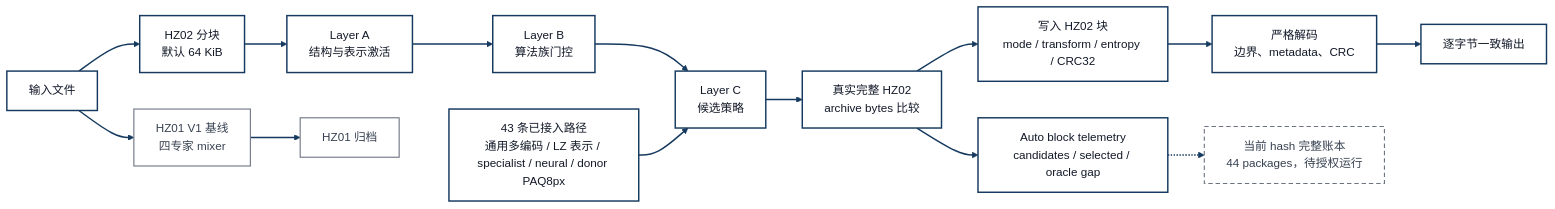
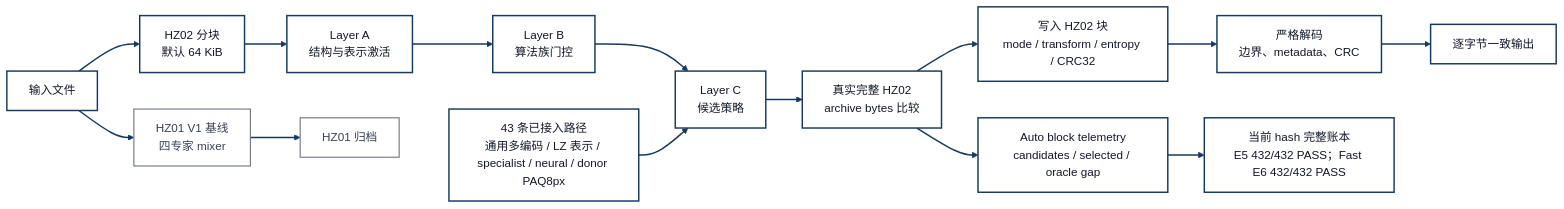
Before and after one commit to KennethParkerWang/HybridZip: the diagram in figures/hybridzip-current-architecture.md, drawn with Mermaid. The commit also changed other lines of this file and 34 other files, not shown here.

````diff
--- a/figures/hybridzip-current-architecture.md
+++ b/figures/hybridzip-current-architecture.md
@@ -7,24 +7,24 @@
 ```mermaid
-%% Solid = source-integrated HZ02 capability. Dashed = runtime evidence still pending.
+%% Solid = source-integrated or current measured capability. Dashed = held-out or future work.
 flowchart LR
     input[输入文件] --> blocks[HZ02 分块<br/>默认 64 KiB]
     blocks --> layerA[Layer A<br/>结构与表示激活]
     layerA --> layerB[Layer B<br/>算法族门控]
     layerB --> layerC[Layer C<br/>候选策略]
     families[43 条已接入路径<br/>通用多编码 / LZ 表示 / specialist / neural / donor PAQ8px] --> layerC
     layerC --> compare[真实完整 HZ02<br/>archive bytes 比较]
     compare --> archive[写入 HZ02 块<br/>mode / transform / entropy / CRC32]
     archive --> decoder[严格解码<br/>边界、metadata、CRC]
     decoder --> output[逐字节一致输出]
     input --> hz01[HZ01 V1 基线<br/>四专家 mixer] --> hz01archive[HZ01 归档]
     compare --> telemetry[Auto block telemetry<br/>candidates / selected / oracle gap]
-    telemetry -.-> ledger[当前 hash 完整账本<br/>44 packages，待授权运行]
+    telemetry --> ledger[当前 hash 完整账本<br/>E5 432/432 PASS；Fast E6 432/432 PASS]
 
     classDef current fill:#FFFFFF,stroke:#163A5F,stroke-width:2px,color:#111827;
     classDef baseline fill:#FFFFFF,stroke:#6B7280,stroke-width:1.5px,color:#374151;
     classDef pending fill:#FFFFFF,stroke:#6B7280,stroke-width:1.5px,stroke-dasharray:6 4,color:#374151;
     class input,blocks,layerA,layerB,layerC,families,compare,archive,decoder,output,telemetry current;
     class hz01,hz01archive baseline;
-    class ledger pending;
+    class ledger current;
     linkStyle default stroke:#163A5F,stroke-width:2px;
 ```
````
